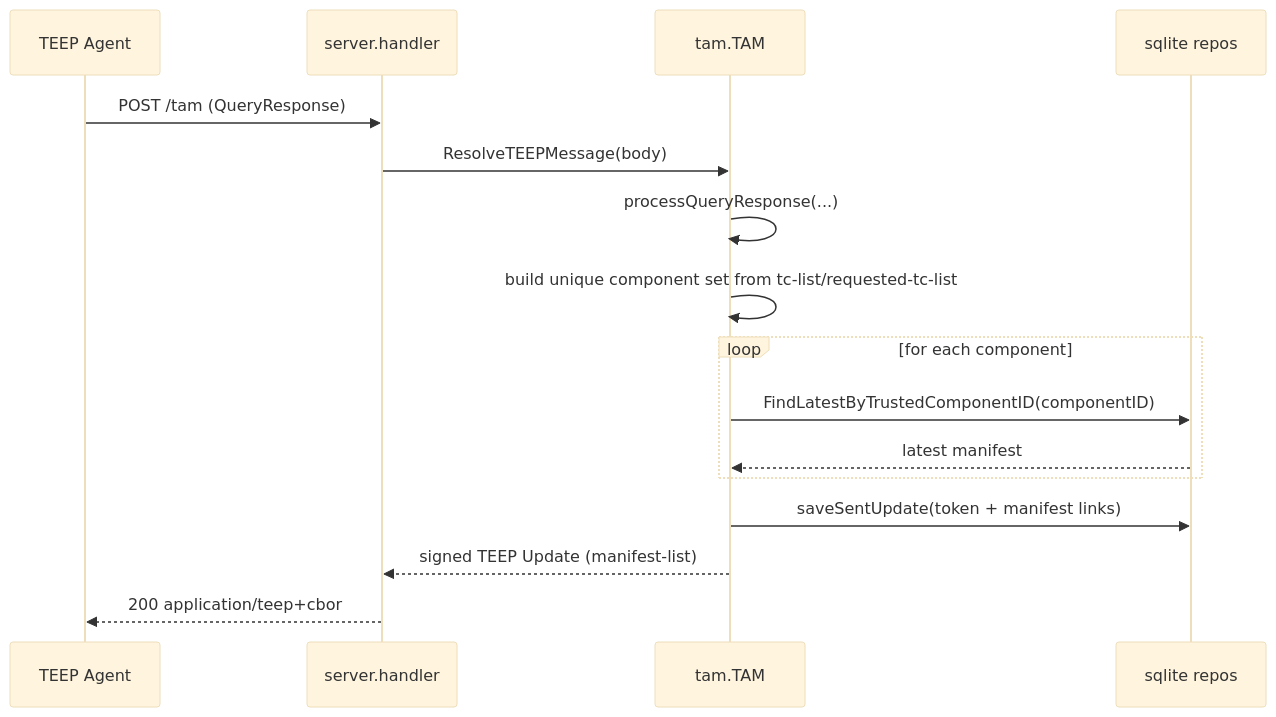
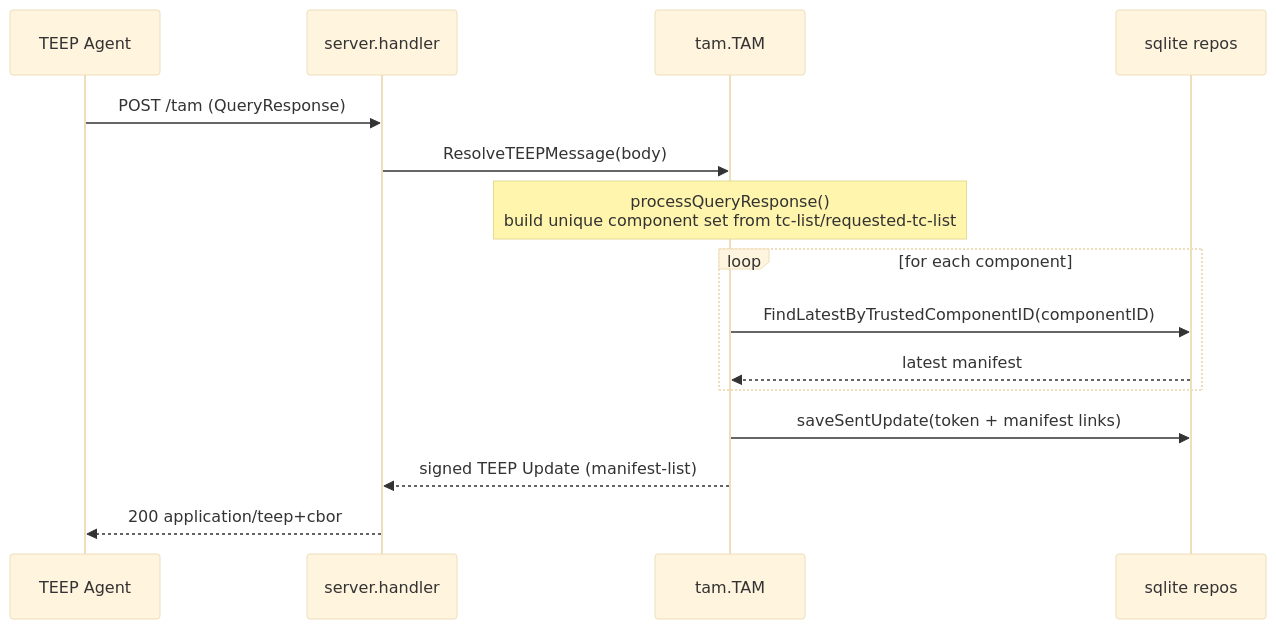
The third of 3 diagrams in doc/SUIT_MANIFEST_STORE.md (kentakayama/AttesTAM), drawn with Mermaid (base theme) before and after one commit. The commit also changed other lines of this file and 4 other files, not shown here.

````diff
--- a/doc/SUIT_MANIFEST_STORE.md
+++ b/doc/SUIT_MANIFEST_STORE.md
@@ -94,19 +92,18 @@
 ```mermaid
 sequenceDiagram
     participant Agent as TEEP Agent
     participant H as server.handler
     participant T as tam.TAM
     participant DB as sqlite repos
 
     Agent->>H: POST /tam (QueryResponse)
     H->>T: ResolveTEEPMessage(body)
-    T->>T: processQueryResponse(...)
-    T->>T: build unique component set from tc-list/requested-tc-list
+    note over T: processQueryResponse()<br/>build unique component set from tc-list/requested-tc-list
     loop for each component
         T->>DB: FindLatestByTrustedComponentID(componentID)
         DB-->>T: latest manifest
     end
     T->>DB: saveSentUpdate(token + manifest links)
     T-->>H: signed TEEP Update (manifest-list)
     H-->>Agent: 200 application/teep+cbor
 ```
````
